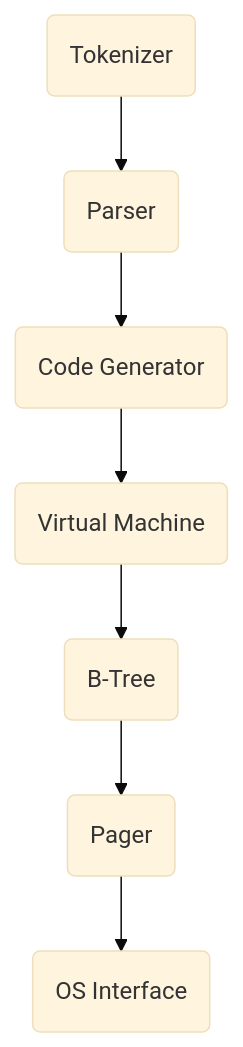
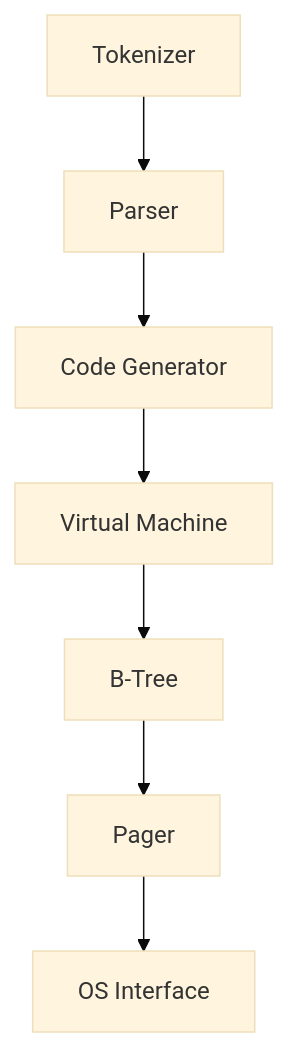
The diagram in README.md (tannakaken/towa), drawn with Mermaid (base theme) before and after one commit.

````diff
--- a/README.md
+++ b/README.md
@@ -17,9 +17,9 @@
-:::mermaid
-graph TB
-  Tokenizer(Tokenizer)-->Parser(Parser)
-  Parser-->CodeGenerator(Code Generator)
-  CodeGenerator-->VM(Virtual Machine)
-  VM-->BTree(B-Tree)
-  BTree-->Pager(Pager)
-  Pager-->OSInterface(OS Interface)
-:::
+```mermaid
+graph TB;
+    Tokenizer[Tokenizer]-->Parser[Parser];
+    Parser-->CodeGenerator[Code Generator];
+    CodeGenerator-->VM[Virtual Machine];
+    VM-->BTree[B-Tree];
+    BTree-->Pager[Pager];
+    Pager-->OSInterface[OS Interface];
+```
````
